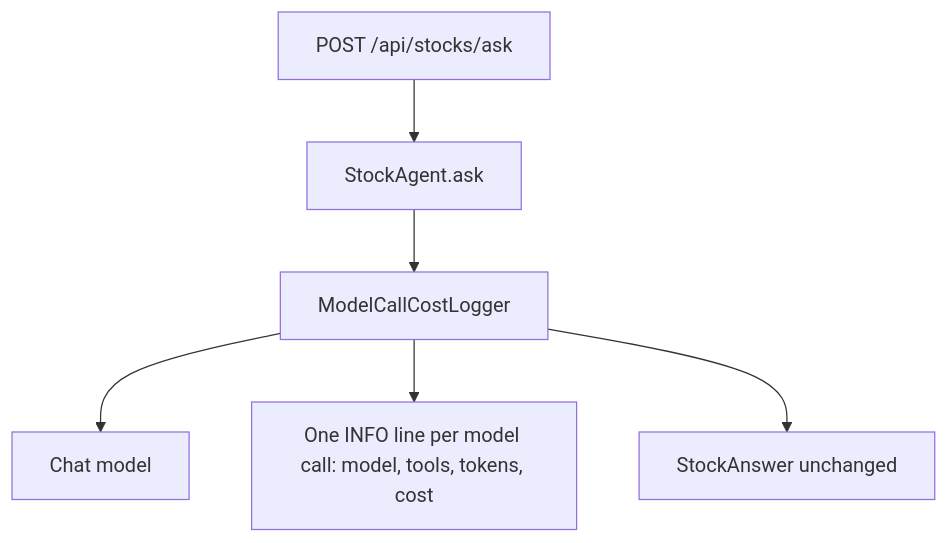
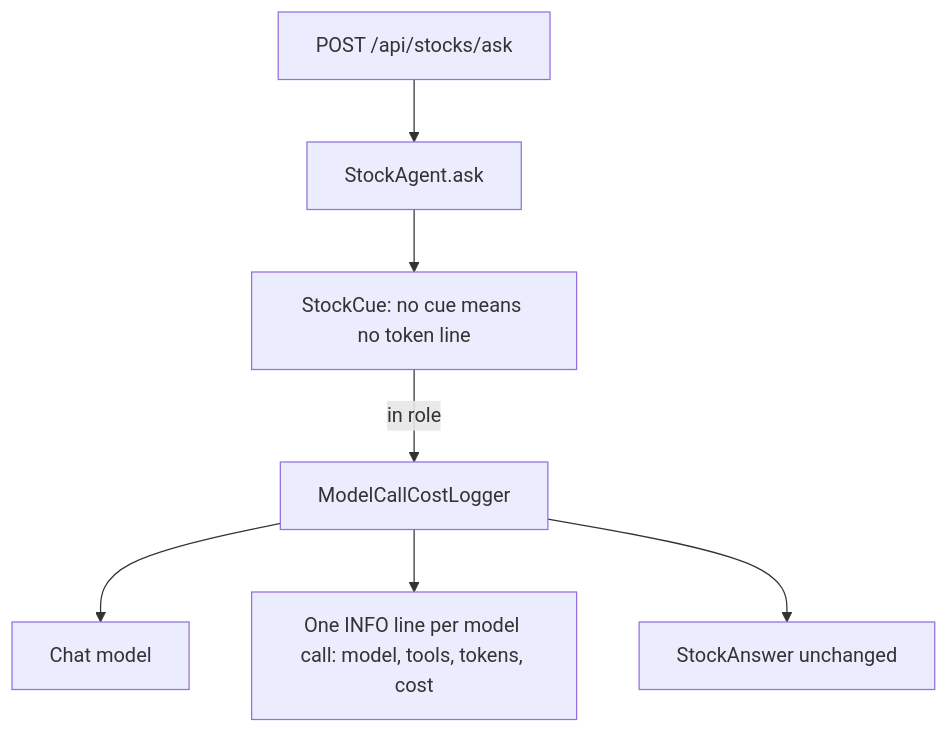
Before and after one commit to tufangorel/spring-boot-ai-stock-mcp: the sixth of 7 diagrams in README.md, drawn with Mermaid. The commit also changed other lines of this file and 4 other files, not shown here.

````diff
--- a/README.md
+++ b/README.md
@@ -608,8 +617,9 @@
 ```mermaid
 flowchart TD
     Request["POST /api/stocks/ask"] --> Ask["StockAgent.ask"]
-    Ask --> Logger["ModelCallCostLogger"]
+    Ask --> Cue["StockCue: no cue means no token line"]
+    Cue -->|in role| Logger["ModelCallCostLogger"]
     Logger --> Provider["Chat model"]
     Logger --> LogLine["One INFO line per model call: model, tools, tokens, cost"]
     Logger --> Response["StockAnswer unchanged"]
 ```
````
